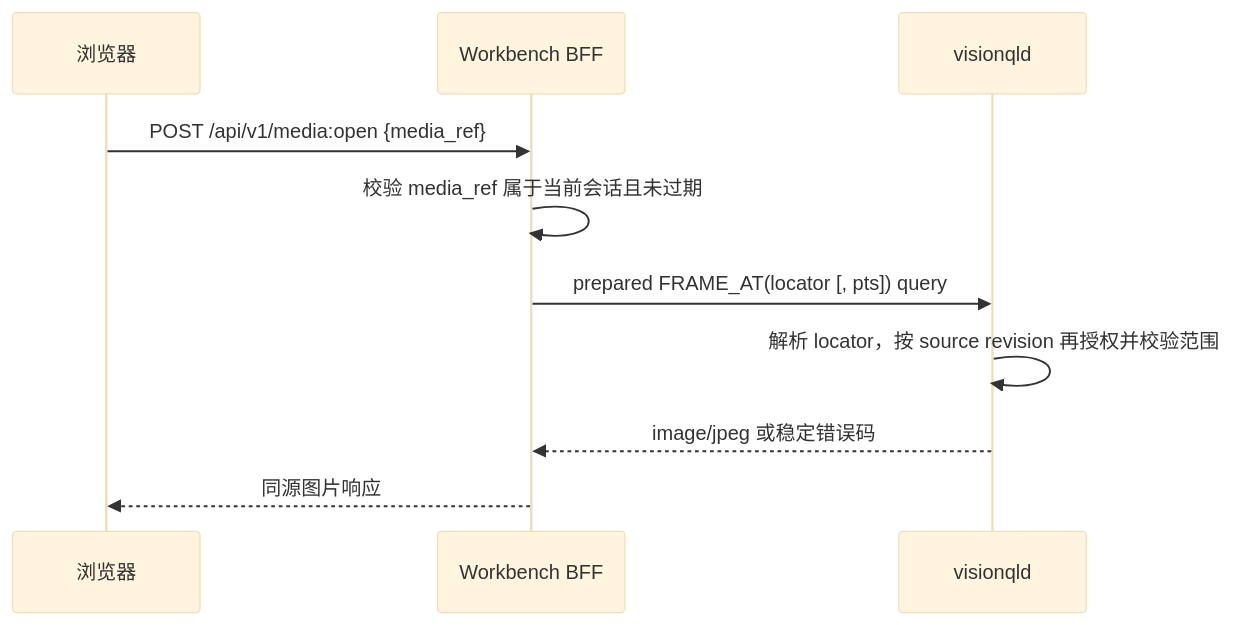
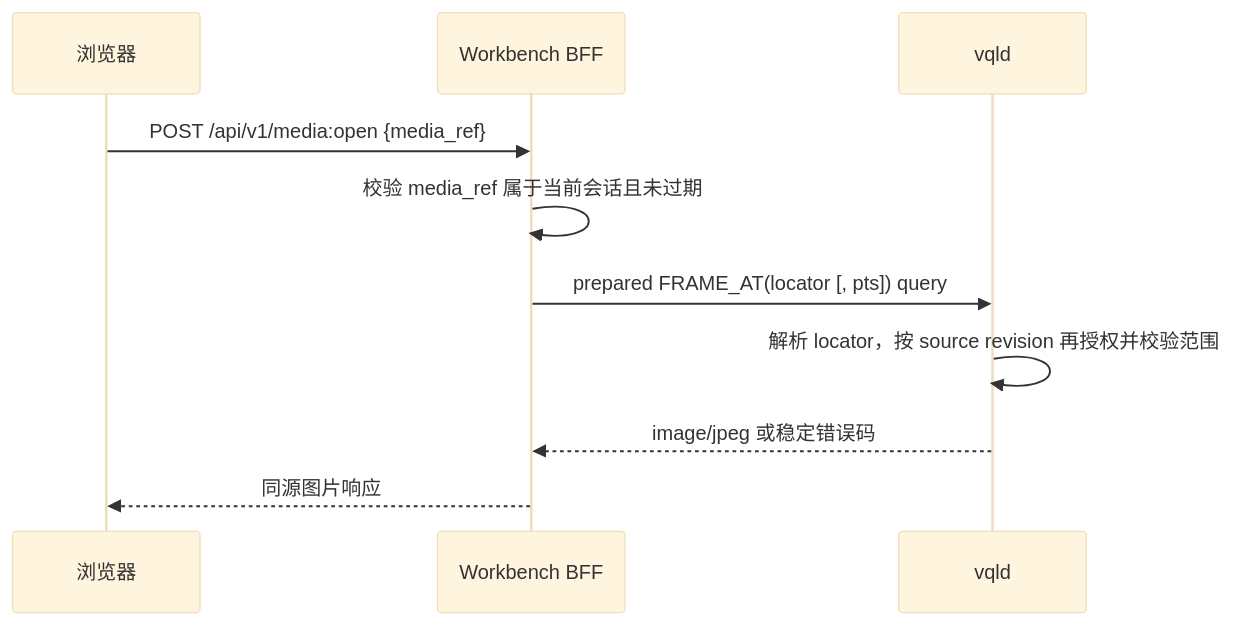
Before and after one commit to zhenlohuang/visionql: the second of 2 diagrams in docs/workbench.md, drawn with Mermaid (base theme). The commit also changed other lines of this file and 4 other files, not shown here.

````diff
--- a/docs/workbench.md
+++ b/docs/workbench.md
@@ -268,13 +256,13 @@
 ```mermaid
 sequenceDiagram
     participant U as 浏览器
     participant W as Workbench BFF
-    participant V as visionqld
+    participant V as vqld
 
     U->>W: POST /api/v1/media:open {media_ref}
     W->>W: 校验 media_ref 属于当前会话且未过期
     W->>V: prepared FRAME_AT(locator [, pts]) query
     V->>V: 解析 locator，按 source revision 再授权并校验范围
     V-->>W: image/jpeg 或稳定错误码
     W-->>U: 同源图片响应
 ```
````
